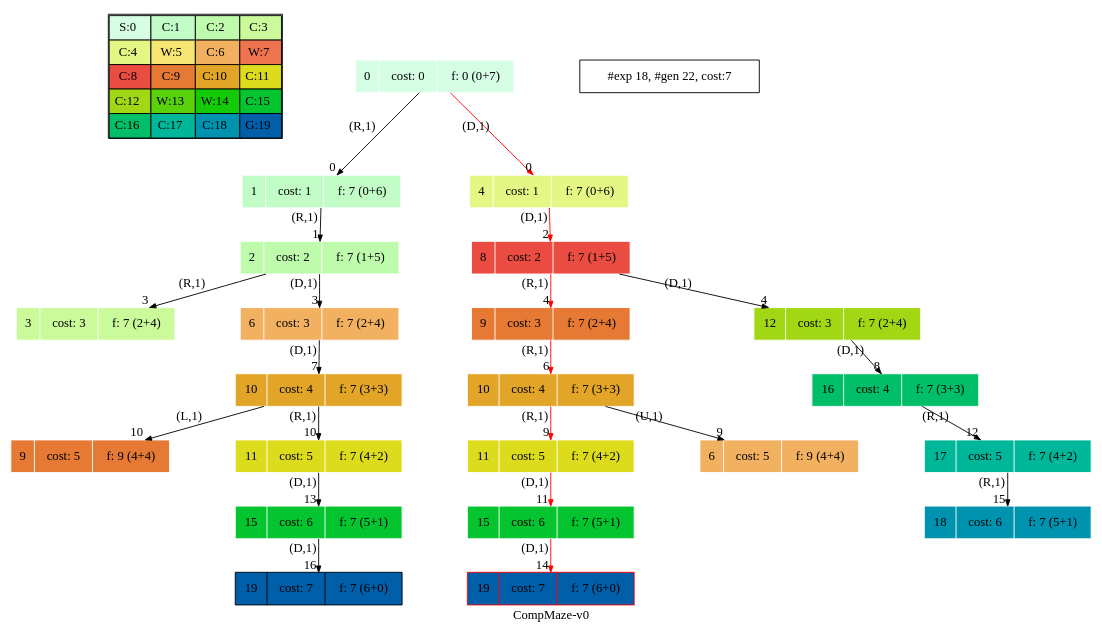
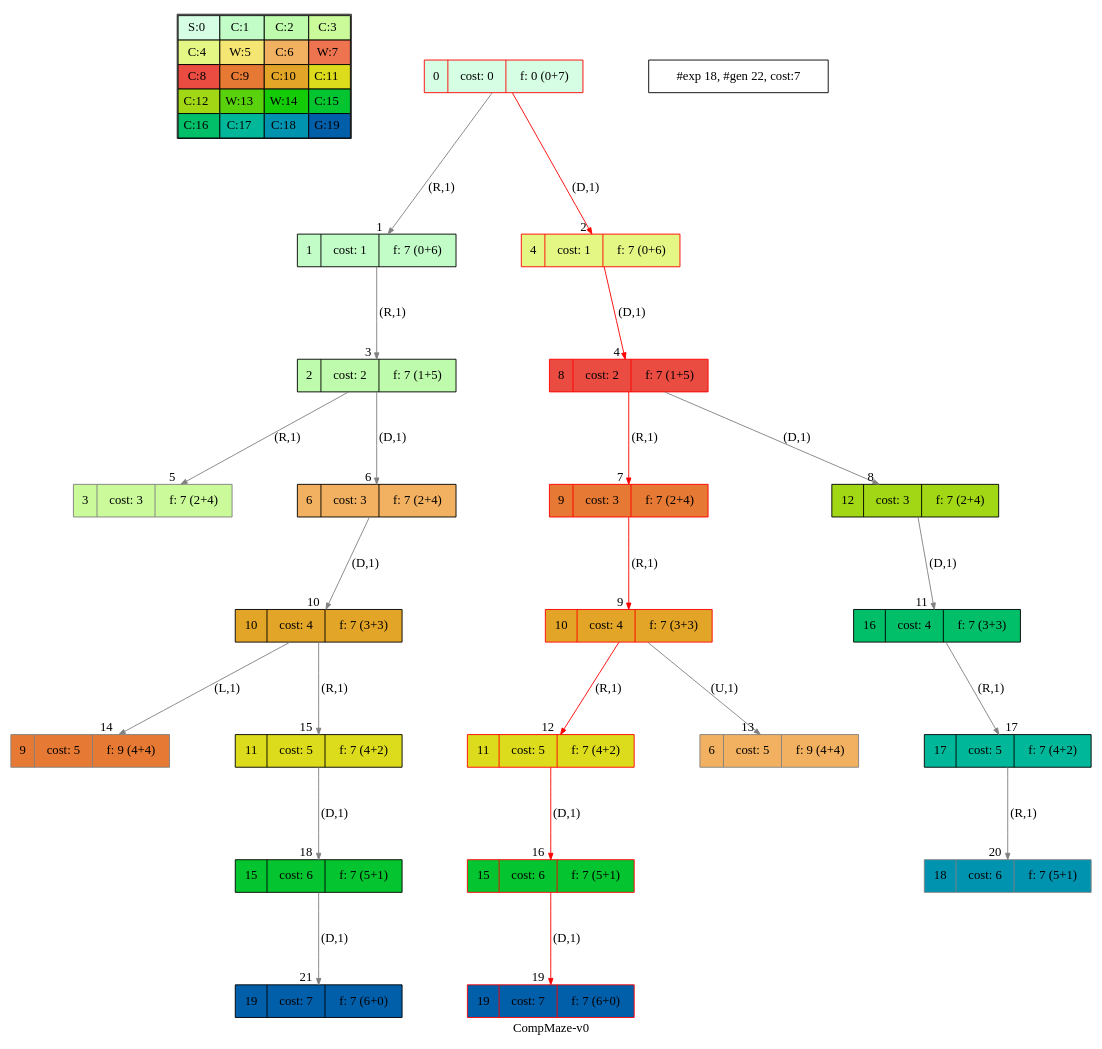
One commit to blasco991/AI changed the diagram in viz/artifacts/tsd/dot/CompMaze-v0_astar.dot. Above: the diagram before and after it, drawn with Graphviz. The commit also changed 145 other files, not shown here.

```diff
--- a/viz/artifacts/tsd/dot/CompMaze-v0_astar.dot
+++ b/viz/artifacts/tsd/dot/CompMaze-v0_astar.dot
@@ -1,27 +1,25 @@
-digraph CompMaze { label="CompMaze-v0"
+digraph CompMaze { label="CompMaze-v0" nodesep=1 ranksep="1.2" node [shape=record] edge [arrowsize=0.7] 
 subgraph MAP {label=Map;map [shape=plaintext label=<<table border="1" cellpadding="5" cellspacing="0" cellborder="1"><tr><td bgcolor="0.39803922 0.15947579 0.99679532 1.        ">S:0</td><td bgcolor="0.35098039 0.23194764 0.99315867 1.        ">C:1</td><td bgcolor="0.29607843 0.31486959 0.98720184 1.        ">C:2</td><td bgcolor="0.24901961 0.38410575 0.98063477 1.        ">C:3</td></tr><tr><td bgcolor="0.19411765 0.46220388 0.97128103 1.        ">C:4</td><td bgcolor="0.14705882 0.52643216 0.96182564 1.        ">W:5</td><td bgcolor="0.09215686 0.59770746 0.94913494 1.        ">C:6</td><td bgcolor="0.0372549  0.66454018 0.93467977 1.        ">W:7</td></tr><tr><td bgcolor="0.00980392 0.71791192 0.92090552 1.        ">C:8</td><td bgcolor="0.06470588 0.77520398 0.9032472  1.        ">C:9</td><td bgcolor="0.11176471 0.81974048 0.88677369 1.        ">C:10</td><td bgcolor="0.16666667 0.8660254  0.8660254  1.        ">C:11</td></tr><tr><td bgcolor="0.21372549 0.9005867  0.84695821 1.        ">C:12</td><td bgcolor="0.26862745 0.93467977 0.82325295 1.        ">W:13</td><td bgcolor="0.32352941 0.96182564 0.79801723 1.        ">W:14</td><td bgcolor="0.37058824 0.97940977 0.77520398 1.        ">C:15</td></tr><tr><td bgcolor="0.4254902  0.99315867 0.74725253 1.        ">C:16</td><td bgcolor="0.47254902 0.99907048 0.72218645 1.        ">C:17</td><td bgcolor="0.52745098 0.99907048 0.69169844 1.        ">C:18</td><td bgcolor="0.5745098  0.99315867 0.66454018 1.        ">G:19</td></tr></table>>]} 
-nodesep=1 ranksep=0.5 node [shape=record] edge [arrowsize=0.7] 
-"0_0" [label="<f0>0 |<f1> cost: 0 |<f2> f: 0 (0+7)", style=filled color=white fillcolor="0.39803922 0.15947579 0.99679532 1.        "]
-"0_0.1-1" [label="<f0>1 |<f1> cost: 1 |<f2> f: 7 (0+6)", style=filled color=white fillcolor="0.35098039 0.23194764 0.99315867 1.        "] "0_0" -> "0_0.1-1" [xlabel="(R,1)" headlabel=0]; 
-"0_0.4-3" [label="<f0>4 |<f1> cost: 1 |<f2> f: 7 (0+6)", style=filled color=white fillcolor="0.19411765 0.46220388 0.97128103 1.        "] "0_0" -> "0_0.4-3" [xlabel="(D,1)" headlabel=0color=red ];  
-"0_0.1.2-1" [label="<f0>2 |<f1> cost: 2 |<f2> f: 7 (1+5)", style=filled color=white fillcolor="0.29607843 0.31486959 0.98720184 1.        "] "0_0.1-1" -> "0_0.1.2-1" [xlabel="(R,1)" headlabel=1]; 
-"0_0.4.8-3" [label="<f0>8 |<f1> cost: 2 |<f2> f: 7 (1+5)", style=filled color=white fillcolor="0.00980392 0.71791192 0.92090552 1.        "] "0_0.4-3" -> "0_0.4.8-3" [xlabel="(D,1)" headlabel=2color=red ];  
-"0_0.1.2.3-1" [label="<f0>3 |<f1> cost: 3 |<f2> f: 7 (2+4)", style=filled color=white fillcolor="0.24901961 0.38410575 0.98063477 1.        "] "0_0.1.2-1" -> "0_0.1.2.3-1" [xlabel="(R,1)" headlabel=3]; 
-"0_0.1.2.6-3" [label="<f0>6 |<f1> cost: 3 |<f2> f: 7 (2+4)", style=filled color=white fillcolor="0.09215686 0.59770746 0.94913494 1.        "] "0_0.1.2-1" -> "0_0.1.2.6-3" [xlabel="(D,1)" headlabel=3]; 
-"0_0.4.8.9-1" [label="<f0>9 |<f1> cost: 3 |<f2> f: 7 (2+4)", style=filled color=white fillcolor="0.06470588 0.77520398 0.9032472  1.        "] "0_0.4.8-3" -> "0_0.4.8.9-1" [xlabel="(R,1)" headlabel=4color=red ];  
-"0_0.4.8.12-3" [label="<f0>12 |<f1> cost: 3 |<f2> f: 7 (2+4)", style=filled color=white fillcolor="0.21372549 0.9005867  0.84695821 1.        "] "0_0.4.8-3" -> "0_0.4.8.12-3" [xlabel="(D,1)" headlabel=4]; 
-"0_0.4.8.9.10-1" [label="<f0>10 |<f1> cost: 4 |<f2> f: 7 (3+3)", style=filled color=white fillcolor="0.11176471 0.81974048 0.88677369 1.        "] "0_0.4.8.9-1" -> "0_0.4.8.9.10-1" [xlabel="(R,1)" headlabel=6color=red ];  
-"0_0.1.2.6.10-3" [label="<f0>10 |<f1> cost: 4 |<f2> f: 7 (3+3)", style=filled color=white fillcolor="0.11176471 0.81974048 0.88677369 1.        "] "0_0.1.2.6-3" -> "0_0.1.2.6.10-3" [xlabel="(D,1)" headlabel=7]; 
-"0_0.4.8.12.16-3" [label="<f0>16 |<f1> cost: 4 |<f2> f: 7 (3+3)", style=filled color=white fillcolor="0.4254902  0.99315867 0.74725253 1.        "] "0_0.4.8.12-3" -> "0_0.4.8.12.16-3" [xlabel="(D,1)" headlabel=8]; 
-"0_0.4.8.9.10.11-1" [label="<f0>11 |<f1> cost: 5 |<f2> f: 7 (4+2)", style=filled color=white fillcolor="0.16666667 0.8660254  0.8660254  1.        "] "0_0.4.8.9.10-1" -> "0_0.4.8.9.10.11-1" [xlabel="(R,1)" headlabel=9color=red ];  
-"0_0.4.8.9.10.6-2" [label="<f0>6 |<f1> cost: 5 |<f2> f: 9 (4+4)", style=filled color=white fillcolor="0.09215686 0.59770746 0.94913494 1.        "] "0_0.4.8.9.10-1" -> "0_0.4.8.9.10.6-2" [xlabel="(U,1)" headlabel=9]; 
-"0_0.1.2.6.10.9-0" [label="<f0>9 |<f1> cost: 5 |<f2> f: 9 (4+4)", style=filled color=white fillcolor="0.06470588 0.77520398 0.9032472  1.        "] "0_0.1.2.6.10-3" -> "0_0.1.2.6.10.9-0" [xlabel="(L,1)" headlabel=10]; 
-"0_0.1.2.6.10.11-1" [label="<f0>11 |<f1> cost: 5 |<f2> f: 7 (4+2)", style=filled color=white fillcolor="0.16666667 0.8660254  0.8660254  1.        "] "0_0.1.2.6.10-3" -> "0_0.1.2.6.10.11-1" [xlabel="(R,1)" headlabel=10]; 
-"0_0.4.8.9.10.11.15-3" [label="<f0>15 |<f1> cost: 6 |<f2> f: 7 (5+1)", style=filled color=white fillcolor="0.37058824 0.97940977 0.77520398 1.        "] "0_0.4.8.9.10.11-1" -> "0_0.4.8.9.10.11.15-3" [xlabel="(D,1)" headlabel=11color=red ];  
-"0_0.4.8.12.16.17-1" [label="<f0>17 |<f1> cost: 5 |<f2> f: 7 (4+2)", style=filled color=white fillcolor="0.47254902 0.99907048 0.72218645 1.        "] "0_0.4.8.12.16-3" -> "0_0.4.8.12.16.17-1" [xlabel="(R,1)" headlabel=12]; 
-"0_0.1.2.6.10.11.15-3" [label="<f0>15 |<f1> cost: 6 |<f2> f: 7 (5+1)", style=filled color=white fillcolor="0.37058824 0.97940977 0.77520398 1.        "] "0_0.1.2.6.10.11-1" -> "0_0.1.2.6.10.11.15-3" [xlabel="(D,1)" headlabel=13]; 
-"0_0.4.8.9.10.11.15.19-3" [label="<f0>19 |<f1> cost: 7 |<f2> f: 7 (6+0)", style=filled color=red fillcolor="0.5745098  0.99315867 0.66454018 1.        "] "0_0.4.8.9.10.11.15-3" -> "0_0.4.8.9.10.11.15.19-3" [xlabel="(D,1)" headlabel=14color=red ];  
-"0_0.4.8.12.16.17.18-1" [label="<f0>18 |<f1> cost: 6 |<f2> f: 7 (5+1)", style=filled color=white fillcolor="0.52745098 0.99907048 0.69169844 1.        "] "0_0.4.8.12.16.17-1" -> "0_0.4.8.12.16.17.18-1" [xlabel="(R,1)" headlabel=15]; 
-"0_0.1.2.6.10.11.15.19-3" [label="<f0>19 |<f1> cost: 7 |<f2> f: 7 (6+0)", style=filled color=black fillcolor="0.5745098  0.99315867 0.66454018 1.        "] "0_0.1.2.6.10.11.15-3" -> "0_0.1.2.6.10.11.15.19-3" [xlabel="(D,1)" headlabel=16]; 
- "#exp 18, #gen 22, cost:7" [ shape=box ];
-}
+"0_0" [label="<f0>0 |<f1> cost: 0 |<f2> f: 0 (0+7)", style=filled color=grey fillcolor="0.39803922 0.15947579 0.99679532 1.        "];  
+"0_0" [label="<f0>0 |<f1> cost: 0 |<f2> f: 0 (0+7)", style=filled color=black color=red fillcolor="0.39803922 0.15947579 0.99679532 1.        "];  "0_0.1-1" [label="<f0>1 |<f1> cost: 1 |<f2> f: 7 (0+6)", style=filled color=grey fillcolor="0.35098039 0.23194764 0.99315867 1.        "];   "0_0" -> "0_0.1-1" [label="(R,1)" headlabel=" 1 " color=grey ]; 
+"0_0.4-3" [label="<f0>4 |<f1> cost: 1 |<f2> f: 7 (0+6)", style=filled color=grey color=red fillcolor="0.19411765 0.46220388 0.97128103 1.        "];   "0_0" -> "0_0.4-3" [label="(D,1)" headlabel=" 2 " color=grey color=red ]; 
+"0_0.1-1" [label="<f0>1 |<f1> cost: 1 |<f2> f: 7 (0+6)", style=filled color=black fillcolor="0.35098039 0.23194764 0.99315867 1.        "];  "0_0.1.2-1" [label="<f0>2 |<f1> cost: 2 |<f2> f: 7 (1+5)", style=filled color=grey fillcolor="0.29607843 0.31486959 0.98720184 1.        "];   "0_0.1-1" -> "0_0.1.2-1" [label="(R,1)" headlabel=" 3 " color=grey ]; 
+"0_0.4-3" [label="<f0>4 |<f1> cost: 1 |<f2> f: 7 (0+6)", style=filled color=black color=red fillcolor="0.19411765 0.46220388 0.97128103 1.        "];  "0_0.4.8-3" [label="<f0>8 |<f1> cost: 2 |<f2> f: 7 (1+5)", style=filled color=grey color=red fillcolor="0.00980392 0.71791192 0.92090552 1.        "];   "0_0.4-3" -> "0_0.4.8-3" [label="(D,1)" headlabel=" 4 " color=grey color=red ]; 
+"0_0.1.2-1" [label="<f0>2 |<f1> cost: 2 |<f2> f: 7 (1+5)", style=filled color=black fillcolor="0.29607843 0.31486959 0.98720184 1.        "];  "0_0.1.2.3-1" [label="<f0>3 |<f1> cost: 3 |<f2> f: 7 (2+4)", style=filled color=grey fillcolor="0.24901961 0.38410575 0.98063477 1.        "];   "0_0.1.2-1" -> "0_0.1.2.3-1" [label="(R,1)" headlabel=" 5 " color=grey ]; 
+"0_0.1.2.6-3" [label="<f0>6 |<f1> cost: 3 |<f2> f: 7 (2+4)", style=filled color=grey fillcolor="0.09215686 0.59770746 0.94913494 1.        "];   "0_0.1.2-1" -> "0_0.1.2.6-3" [label="(D,1)" headlabel=" 6 " color=grey ]; 
+"0_0.4.8-3" [label="<f0>8 |<f1> cost: 2 |<f2> f: 7 (1+5)", style=filled color=black color=red fillcolor="0.00980392 0.71791192 0.92090552 1.        "];  "0_0.4.8.9-1" [label="<f0>9 |<f1> cost: 3 |<f2> f: 7 (2+4)", style=filled color=grey color=red fillcolor="0.06470588 0.77520398 0.9032472  1.        "];   "0_0.4.8-3" -> "0_0.4.8.9-1" [label="(R,1)" headlabel=" 7 " color=grey color=red ]; 
+"0_0.4.8.12-3" [label="<f0>12 |<f1> cost: 3 |<f2> f: 7 (2+4)", style=filled color=grey fillcolor="0.21372549 0.9005867  0.84695821 1.        "];   "0_0.4.8-3" -> "0_0.4.8.12-3" [label="(D,1)" headlabel=" 8 " color=grey ]; 
+"0_0.4.8.9-1" [label="<f0>9 |<f1> cost: 3 |<f2> f: 7 (2+4)", style=filled color=black color=red fillcolor="0.06470588 0.77520398 0.9032472  1.        "];  "0_0.4.8.9.10-1" [label="<f0>10 |<f1> cost: 4 |<f2> f: 7 (3+3)", style=filled color=grey color=red fillcolor="0.11176471 0.81974048 0.88677369 1.        "];   "0_0.4.8.9-1" -> "0_0.4.8.9.10-1" [label="(R,1)" headlabel=" 9 " color=grey color=red ]; 
+"0_0.1.2.6-3" [label="<f0>6 |<f1> cost: 3 |<f2> f: 7 (2+4)", style=filled color=black fillcolor="0.09215686 0.59770746 0.94913494 1.        "];  "0_0.1.2.6.10-3" [label="<f0>10 |<f1> cost: 4 |<f2> f: 7 (3+3)", style=filled color=grey fillcolor="0.11176471 0.81974048 0.88677369 1.        "];   "0_0.1.2.6-3" -> "0_0.1.2.6.10-3" [label="(D,1)" headlabel=" 10 " color=grey ]; 
+"0_0.4.8.12-3" [label="<f0>12 |<f1> cost: 3 |<f2> f: 7 (2+4)", style=filled color=black fillcolor="0.21372549 0.9005867  0.84695821 1.        "];  "0_0.4.8.12.16-3" [label="<f0>16 |<f1> cost: 4 |<f2> f: 7 (3+3)", style=filled color=grey fillcolor="0.4254902  0.99315867 0.74725253 1.        "];   "0_0.4.8.12-3" -> "0_0.4.8.12.16-3" [label="(D,1)" headlabel=" 11 " color=grey ]; 
+"0_0.4.8.9.10-1" [label="<f0>10 |<f1> cost: 4 |<f2> f: 7 (3+3)", style=filled color=black color=red fillcolor="0.11176471 0.81974048 0.88677369 1.        "];  "0_0.4.8.9.10.11-1" [label="<f0>11 |<f1> cost: 5 |<f2> f: 7 (4+2)", style=filled color=grey color=red fillcolor="0.16666667 0.8660254  0.8660254  1.        "];   "0_0.4.8.9.10-1" -> "0_0.4.8.9.10.11-1" [label="(R,1)" headlabel=" 12 " color=grey color=red ]; 
+"0_0.4.8.9.10.6-2" [label="<f0>6 |<f1> cost: 5 |<f2> f: 9 (4+4)", style=filled color=grey fillcolor="0.09215686 0.59770746 0.94913494 1.        "];   "0_0.4.8.9.10-1" -> "0_0.4.8.9.10.6-2" [label="(U,1)" headlabel=" 13 " color=grey ]; 
+"0_0.1.2.6.10-3" [label="<f0>10 |<f1> cost: 4 |<f2> f: 7 (3+3)", style=filled color=black fillcolor="0.11176471 0.81974048 0.88677369 1.        "];  "0_0.1.2.6.10.9-0" [label="<f0>9 |<f1> cost: 5 |<f2> f: 9 (4+4)", style=filled color=grey fillcolor="0.06470588 0.77520398 0.9032472  1.        "];   "0_0.1.2.6.10-3" -> "0_0.1.2.6.10.9-0" [label="(L,1)" headlabel=" 14 " color=grey ]; 
+"0_0.1.2.6.10.11-1" [label="<f0>11 |<f1> cost: 5 |<f2> f: 7 (4+2)", style=filled color=grey fillcolor="0.16666667 0.8660254  0.8660254  1.        "];   "0_0.1.2.6.10-3" -> "0_0.1.2.6.10.11-1" [label="(R,1)" headlabel=" 15 " color=grey ]; 
+"0_0.4.8.9.10.11-1" [label="<f0>11 |<f1> cost: 5 |<f2> f: 7 (4+2)", style=filled color=black color=red fillcolor="0.16666667 0.8660254  0.8660254  1.        "];  "0_0.4.8.9.10.11.15-3" [label="<f0>15 |<f1> cost: 6 |<f2> f: 7 (5+1)", style=filled color=grey color=red fillcolor="0.37058824 0.97940977 0.77520398 1.        "];   "0_0.4.8.9.10.11-1" -> "0_0.4.8.9.10.11.15-3" [label="(D,1)" headlabel=" 16 " color=grey color=red ]; 
+"0_0.4.8.12.16-3" [label="<f0>16 |<f1> cost: 4 |<f2> f: 7 (3+3)", style=filled color=black fillcolor="0.4254902  0.99315867 0.74725253 1.        "];  "0_0.4.8.12.16.17-1" [label="<f0>17 |<f1> cost: 5 |<f2> f: 7 (4+2)", style=filled color=grey fillcolor="0.47254902 0.99907048 0.72218645 1.        "];   "0_0.4.8.12.16-3" -> "0_0.4.8.12.16.17-1" [label="(R,1)" headlabel=" 17 " color=grey ]; 
+"0_0.1.2.6.10.11-1" [label="<f0>11 |<f1> cost: 5 |<f2> f: 7 (4+2)", style=filled color=black fillcolor="0.16666667 0.8660254  0.8660254  1.        "];  "0_0.1.2.6.10.11.15-3" [label="<f0>15 |<f1> cost: 6 |<f2> f: 7 (5+1)", style=filled color=grey fillcolor="0.37058824 0.97940977 0.77520398 1.        "];   "0_0.1.2.6.10.11-1" -> "0_0.1.2.6.10.11.15-3" [label="(D,1)" headlabel=" 18 " color=grey ]; 
+"0_0.4.8.9.10.11.15-3" [label="<f0>15 |<f1> cost: 6 |<f2> f: 7 (5+1)", style=filled color=black color=red fillcolor="0.37058824 0.97940977 0.77520398 1.        "];  "0_0.4.8.9.10.11.15.19-3" [label="<f0>19 |<f1> cost: 7 |<f2> f: 7 (6+0)", style=filled color=black color=red fillcolor="0.5745098  0.99315867 0.66454018 1.        "]; /*GOALSTATE*/  "0_0.4.8.9.10.11.15-3" -> "0_0.4.8.9.10.11.15.19-3" [label="(D,1)" headlabel=" 19 " color=grey color=red ]; 
+"0_0.4.8.12.16.17-1" [label="<f0>17 |<f1> cost: 5 |<f2> f: 7 (4+2)", style=filled color=black fillcolor="0.47254902 0.99907048 0.72218645 1.        "];  "0_0.4.8.12.16.17.18-1" [label="<f0>18 |<f1> cost: 6 |<f2> f: 7 (5+1)", style=filled color=grey fillcolor="0.52745098 0.99907048 0.69169844 1.        "];   "0_0.4.8.12.16.17-1" -> "0_0.4.8.12.16.17.18-1" [label="(R,1)" headlabel=" 20 " color=grey ]; 
+"0_0.1.2.6.10.11.15-3" [label="<f0>15 |<f1> cost: 6 |<f2> f: 7 (5+1)", style=filled color=black fillcolor="0.37058824 0.97940977 0.77520398 1.        "];  "0_0.1.2.6.10.11.15.19-3" [label="<f0>19 |<f1> cost: 7 |<f2> f: 7 (6+0)", style=filled color=black fillcolor="0.5745098  0.99315867 0.66454018 1.        "]; /*GOALSTATE*/  "0_0.1.2.6.10.11.15-3" -> "0_0.1.2.6.10.11.15.19-3" [label="(D,1)" headlabel=" 21 " color=grey ];
+"#exp 18, #gen 22, cost:7" [ shape=box ]; }
```
